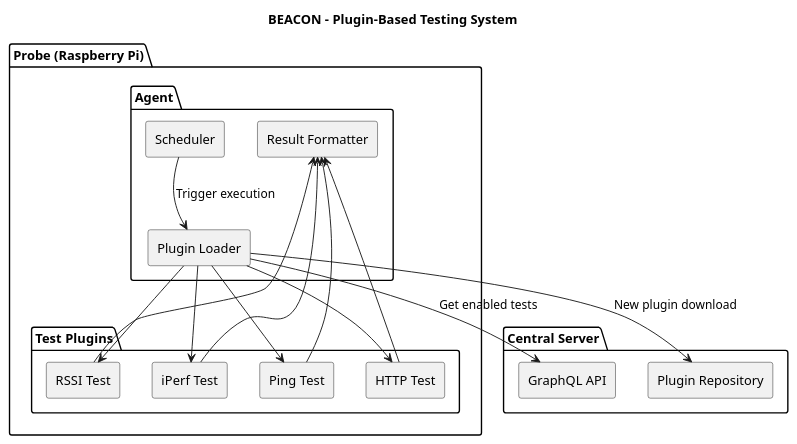
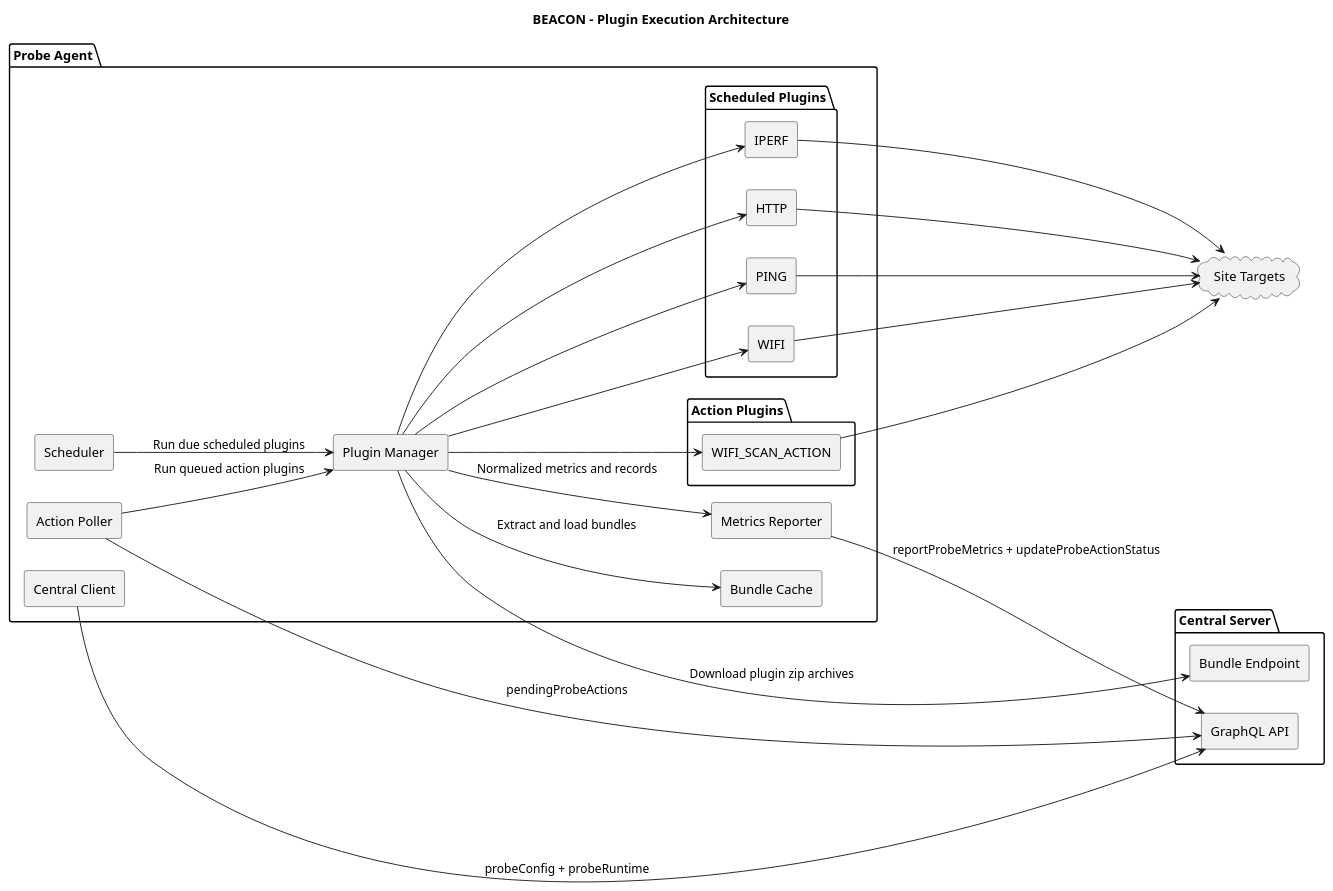
One commit to vhfba/beacon changed the diagram in docs/architecture/plugin-testing-architecture.puml. Above: the diagram before and after it, drawn with PlantUML. The commit also changed 202 other files, not shown here.

```diff
--- a/docs/architecture/plugin-testing-architecture.puml
+++ b/docs/architecture/plugin-testing-architecture.puml
@@ -1,38 +1,56 @@
 @startuml
-title BEACON - Plugin-Based Testing System
+title BEACON - Plugin Execution Architecture
 
-package "Probe (Raspberry Pi)" {
-  package "Agent" {
-    rectangle "Scheduler" as scheduler
-    rectangle "Plugin Loader" as loader
-    rectangle "Result Formatter" as formatter
+left to right direction
+
+package "Probe Agent" {
+  rectangle "Central Client" as client
+  rectangle "Scheduler" as scheduler
+  rectangle "Action Poller" as poller
+  rectangle "Plugin Manager" as manager
+  rectangle "Bundle Cache" as cache
+  rectangle "Metrics Reporter" as reporter
+
+  package "Scheduled Plugins" {
+    rectangle "PING" as ping
+    rectangle "HTTP" as http
+    rectangle "IPERF" as iperf
+    rectangle "WIFI" as wifi
   }
 
-  package "Test Plugins" {
-    rectangle "HTTP Test" as http
-    rectangle "RSSI Test" as rssi
-    rectangle "Ping Test" as ping
-    rectangle "iPerf Test" as iperf
+  package "Action Plugins" {
+    rectangle "WIFI_SCAN_ACTION" as scan
   }
 }
 
 package "Central Server" {
   rectangle "GraphQL API" as gql
-  rectangle "Plugin Repository" as repo
+  rectangle "Bundle Endpoint" as bundles
 }
 
-scheduler --> loader : Trigger execution
-loader --> http
-loader --> rssi
-loader --> ping
-loader --> iperf
+cloud "Site Targets" as targets
 
-http --> formatter
-rssi --> formatter
-ping --> formatter
-iperf --> formatter
+client --> gql : probeConfig + probeRuntime
+poller --> gql : pendingProbeActions
+manager --> bundles : Download plugin zip archives
+manager --> cache : Extract and load bundles
 
-loader --> gql : Get enabled tests
-loader --> repo : New plugin download
+scheduler --> manager : Run due scheduled plugins
+poller --> manager : Run queued action plugins
+
+manager --> ping
+manager --> http
+manager --> iperf
+manager --> wifi
+manager --> scan
+
+ping --> targets
+http --> targets
+iperf --> targets
+wifi --> targets
+scan --> targets
+
+manager --> reporter : Normalized metrics and records
+reporter --> gql : reportProbeMetrics + updateProbeActionStatus
 
 @enduml
```
